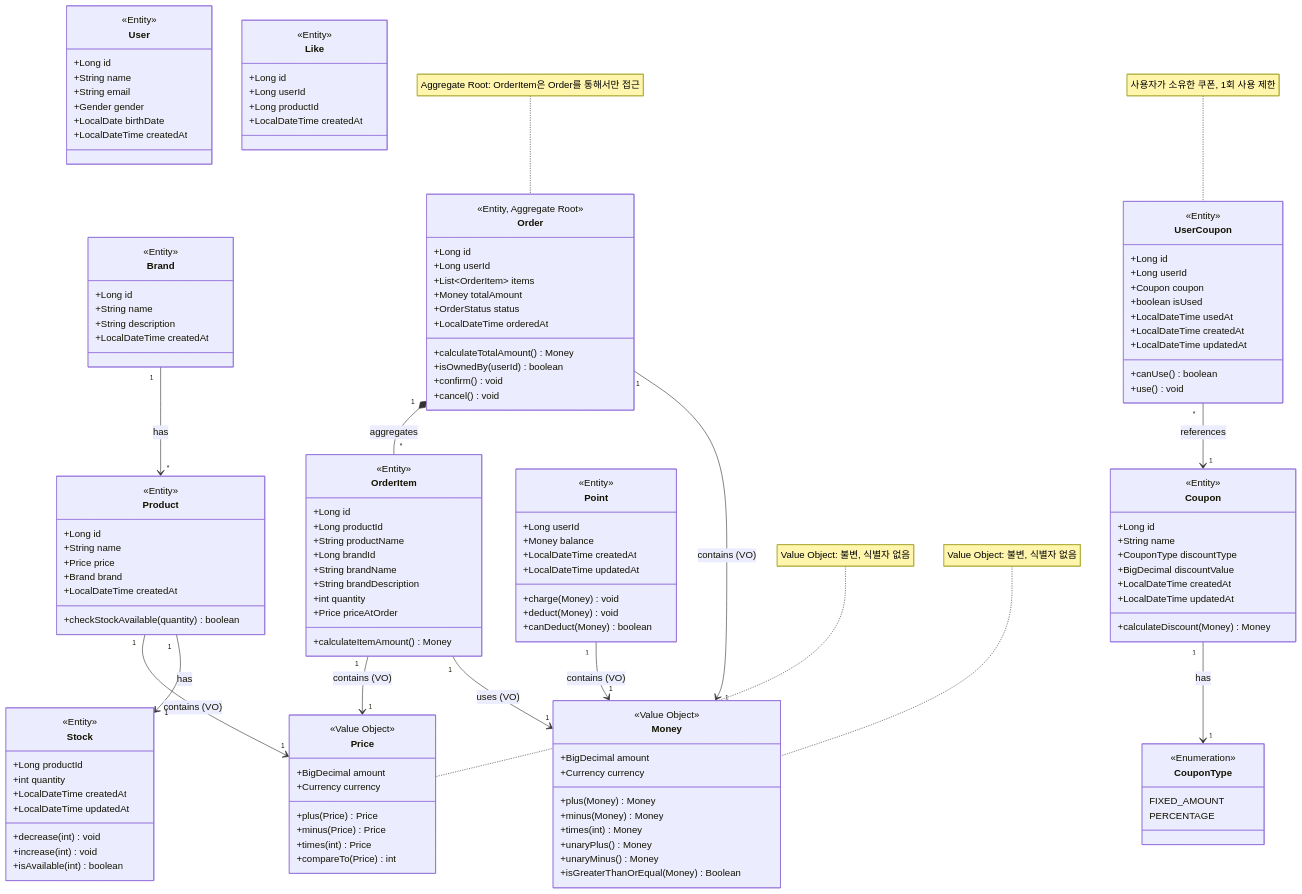
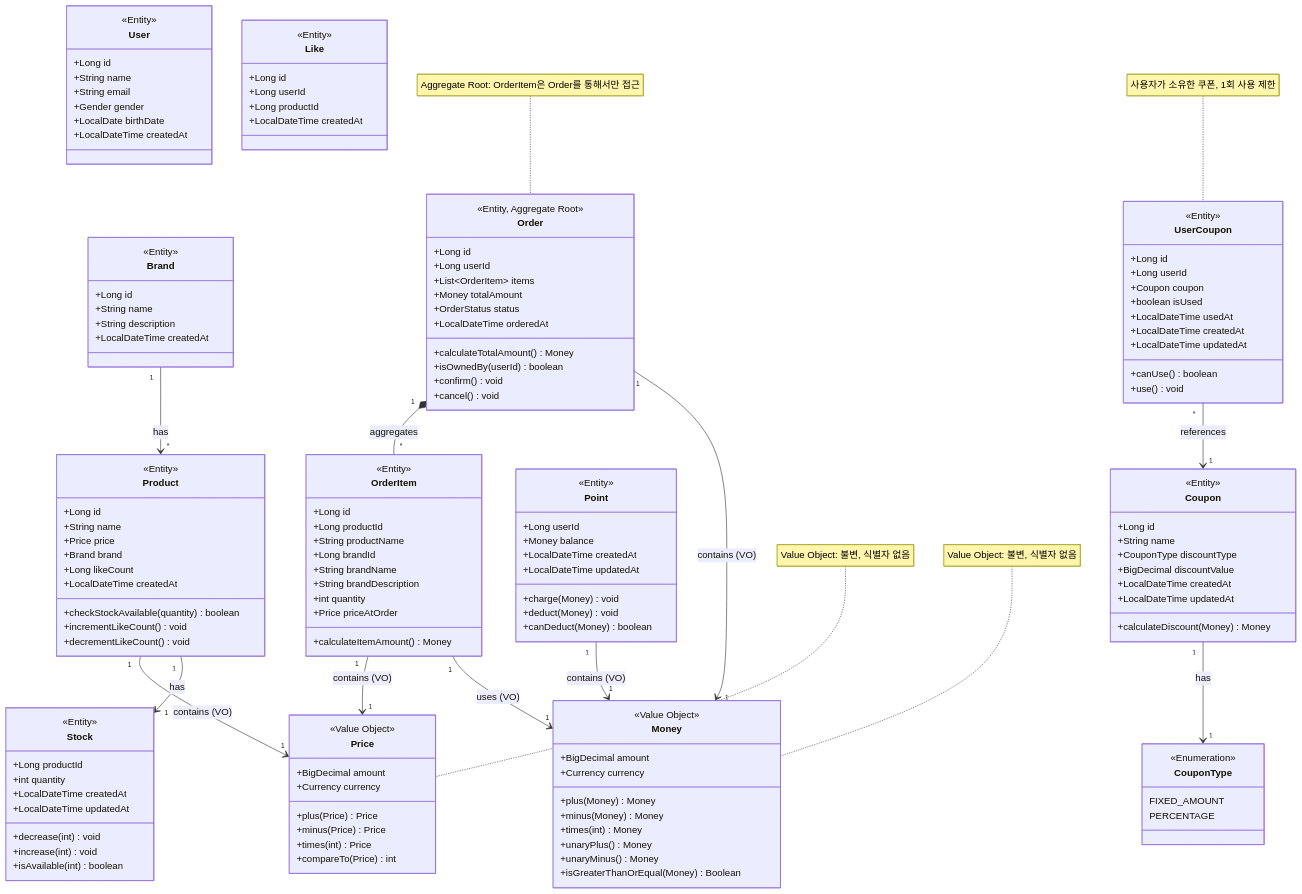
Before and after one commit to ghojeong/loopers-spring-kotlin-template: the first of 3 diagrams in .docs/round2/3-class-diagram.md, drawn with Mermaid. The commit also changed other lines of this file and 3 other files, not shown here.

```diff
--- a/.docs/round2/3-class-diagram.md
+++ b/.docs/round2/3-class-diagram.md
@@ -42,8 +42,11 @@
         +String name
         +Price price
         +Brand brand
+        +Long likeCount
         +LocalDateTime createdAt
         +checkStockAvailable(quantity) boolean
+        +incrementLikeCount() void
+        +decrementLikeCount() void
     }
 
     class Price {
```
